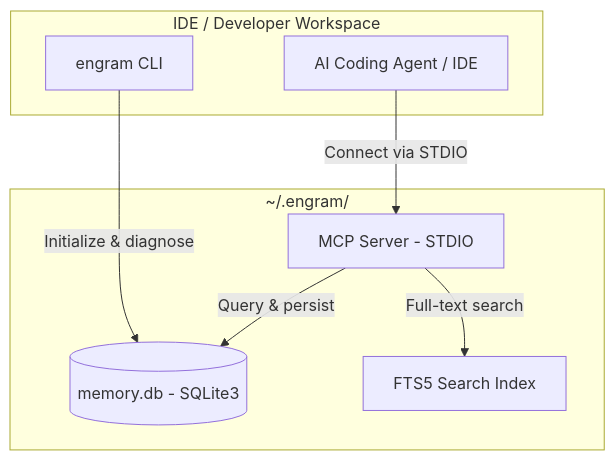
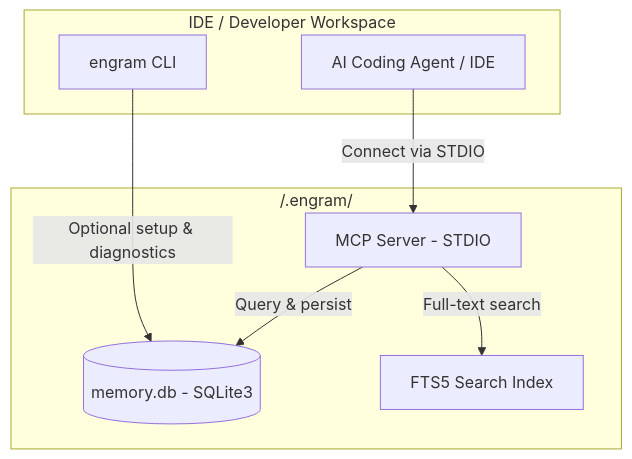
One commit to Sai937593/engram changed the diagram in README.md. Above: the diagram before and after it, drawn with Mermaid. The commit also changed other lines of this file and 3 other files, not shown here.

Commit message:
docs(workflow-redesign-phase-3-remove-cli-as-workflow-dependency): Phase 3.3 Rewrite manuals for repo-local MCP-first workflow [b26fc802]

````diff
--- a/README.md
+++ b/README.md
@@ -21,18 +21,18 @@
 ```mermaid
 graph TD
     subgraph IDE / Developer Workspace
         Agent[AI Coding Agent / IDE]
         CLI[engram CLI]
     end
 
-    subgraph Engram Architecture ["~/.engram/"]
+    subgraph Engram Architecture ["<repo>/.engram/"]
         MCPServer[MCP Server - STDIO]
         DB[(memory.db - SQLite3)]
         FTS5[FTS5 Search Index]
     end
 
     Agent -->|Connect via STDIO| MCPServer
     MCPServer -->|Query & persist| DB
     MCPServer -->|Full-text search| FTS5
-    CLI -->|Initialize & diagnose| DB
+    CLI -->|Optional setup & diagnostics| DB
 ```
````
